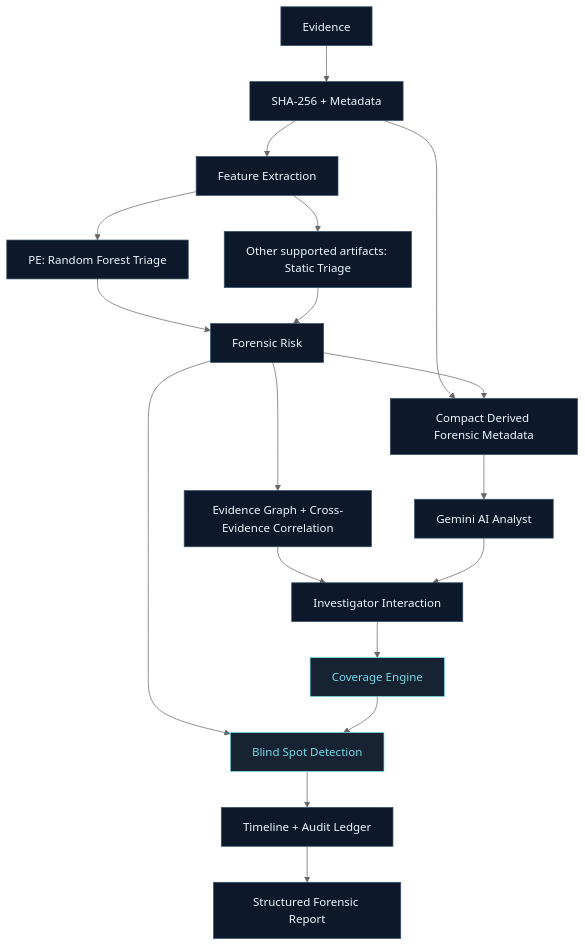
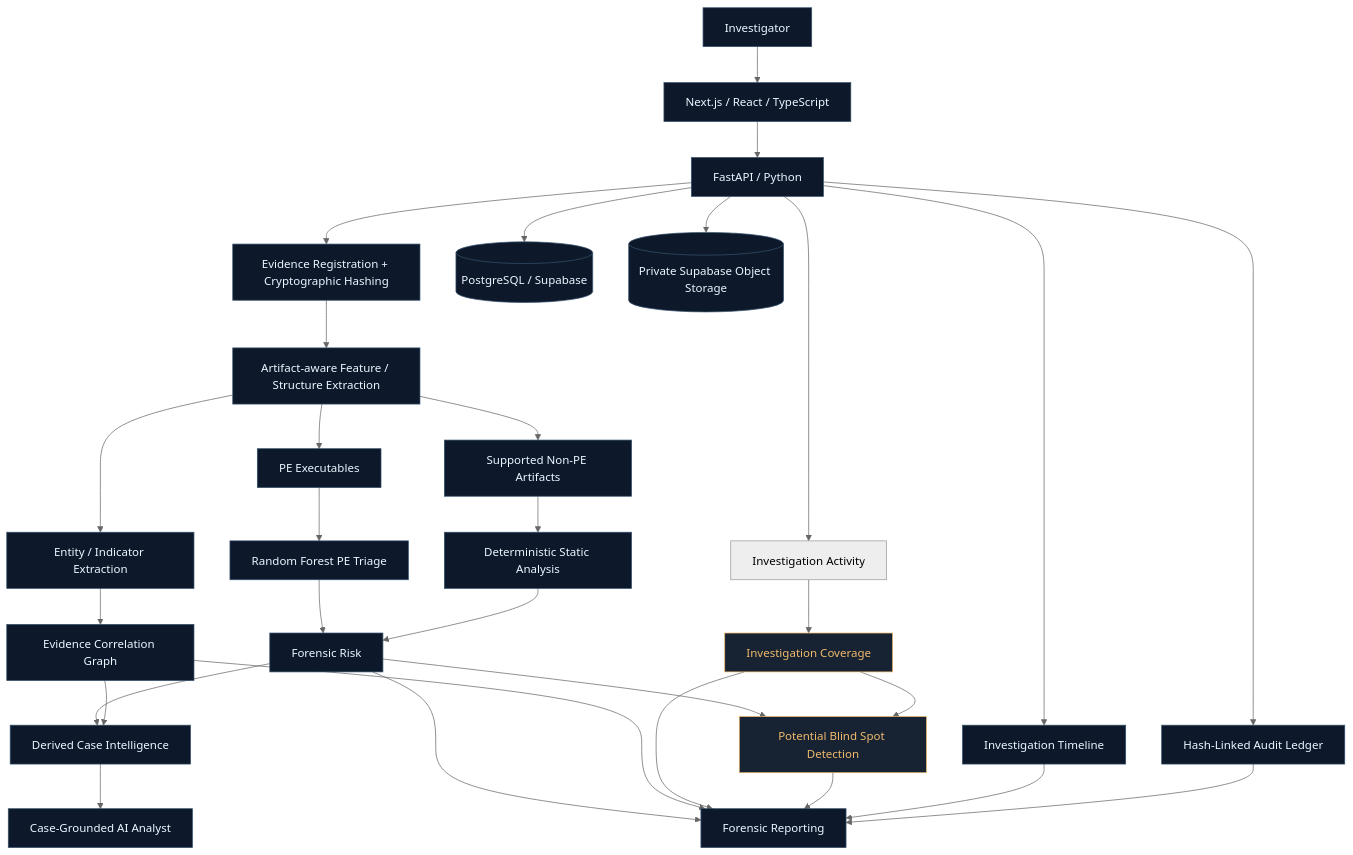
The second of 2 diagrams in README.md (Zeenat-25/SYNAPSE), drawn with Mermaid (neutral theme) before and after one commit. The commit also changed other lines of this file, not shown here.

````diff
--- a/README.md
+++ b/README.md
@@ -62,24 +149,53 @@
 ```mermaid
 flowchart TD
-    E[Evidence] --> H[SHA-256 + Metadata]
-    H --> F[Feature Extraction]
-    F --> PE[PE: Random Forest Triage]
-    F --> ST[Other supported artifacts: Static Triage]
-    PE --> R[Forensic Risk]
-    ST --> R
-    R --> G[Evidence Graph + Cross-Evidence Correlation]
-    H --> M[Compact Derived Forensic Metadata]
-    R --> M
-    M --> AI[Gemini AI Analyst]
-    G --> I[Investigator Interaction]
-    AI --> I
-    I --> C[Coverage Engine]
-    R --> B[Blind Spot Detection]
-    C --> B
-    B --> L[Timeline + Audit Ledger]
-    L --> P[Structured Forensic Report]
+
+    U[Investigator] --> FE[Next.js / React / TypeScript]
+    FE --> API[FastAPI / Python]
+
+    API --> H[Evidence Registration + Cryptographic Hashing]
+
+    H --> F[Artifact-aware Feature / Structure Extraction]
+
+    F --> PE[PE Executables]
+    F --> ST[Supported Non-PE Artifacts]
+
+    PE --> ML[Random Forest PE Triage]
+    ST --> STATIC[Deterministic Static Analysis]
+
+    ML --> RISK[Forensic Risk]
+    STATIC --> RISK
+
+    F --> ENT[Entity / Indicator Extraction]
+    ENT --> GRAPH[Evidence Correlation Graph]
+
+    RISK --> META[Derived Case Intelligence]
+    GRAPH --> META
+
+    META --> AI[Case-Grounded AI Analyst]
+
+    API --> ACT[Investigation Activity]
+    ACT --> COV[Investigation Coverage]
+
+    RISK --> BS[Potential Blind Spot Detection]
+    COV --> BS
+
+    API --> TL[Investigation Timeline]
+    API --> AUDIT[Hash-Linked Audit Ledger]
+
+    RISK --> REP[Forensic Reporting]
+    GRAPH --> REP
+    COV --> REP
+    BS --> REP
+    TL --> REP
+    AUDIT --> REP
+
+    API --> DB[(PostgreSQL / Supabase)]
+    API --> STORE[(Private Supabase Object Storage)]
+
     classDef base fill:#0d192b,stroke:#36506b,color:#edf5ff
     classDef focus fill:#172332,stroke:#72dce8,color:#72dce8
-    class E,H,F,PE,ST,R,G,M,AI,I,L,P base
-    class C,B focus
+    classDef human fill:#172332,stroke:#efb96c,color:#efb96c
+
+    class U,FE,API,H,F,PE,ST,ML,STATIC,RISK,ENT,GRAPH,META,AI,TL,AUDIT,REP,DB,STORE base
+    class COV,BS human
 ```
````
